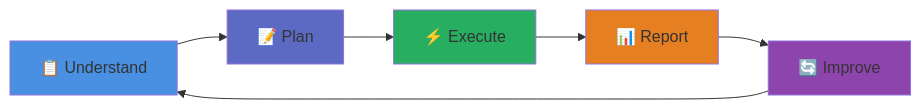
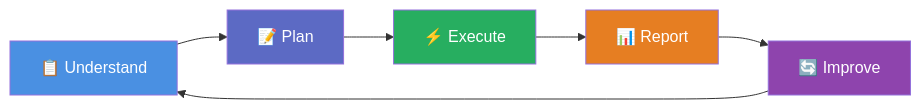
The second of 2 diagrams in README.md (hmusamaofficial/hmusamaofficial), drawn with Mermaid before and after one commit. The commit also changed other lines of this file, not shown here.

````diff
--- a/README.md
+++ b/README.md
@@ -293,13 +376,13 @@
 ```mermaid
 graph LR
     A[📋 Understand] --> B[📝 Plan]
     B --> C[⚡ Execute]
     C --> D[📊 Report]
     D --> E[🔄 Improve]
     E --> A
-    style A fill:#4A90E2
-    style B fill:#5C6AC4
-    style C fill:#27AE60
-    style D fill:#E67E22
-    style E fill:#8E44AD
+    style A fill:#4A90E2,color:#fff
+    style B fill:#5C6AC4,color:#fff
+    style C fill:#27AE60,color:#fff
+    style D fill:#E67E22,color:#fff
+    style E fill:#8E44AD,color:#fff
 ```
````
